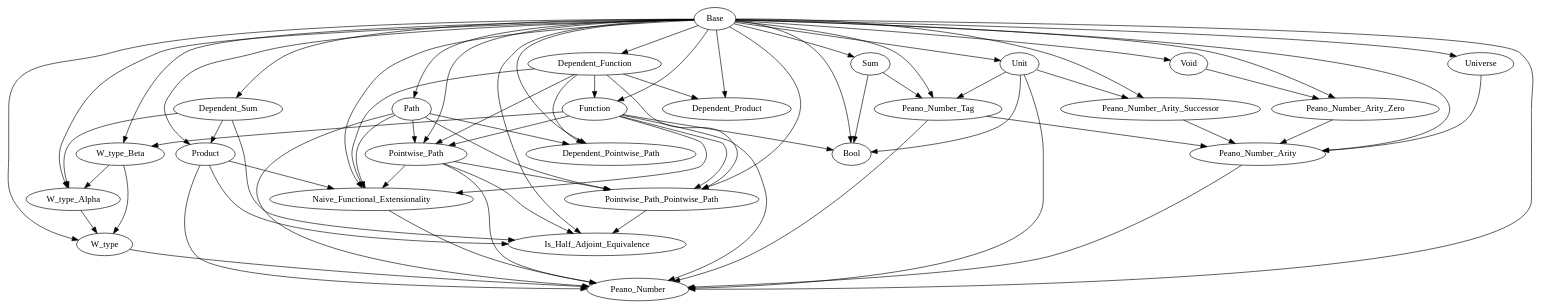
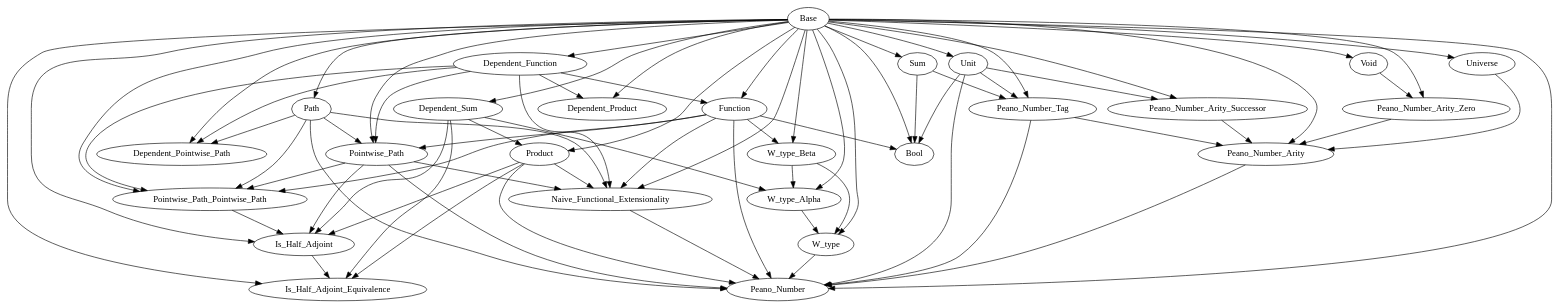
One commit to Hexirp/googology-in-coq changed the diagram in libraries/dependencies.gv. Above: the diagram before and after it, drawn with Graphviz. The commit also changed 4 other files, not shown here.

First line of the commit message:
Add: Is_Half_Adjoint を

```diff
--- a/libraries/dependencies.gv
+++ b/libraries/dependencies.gv
@@ -1,97 +1,102 @@
 digraph Dependencies {
   # Base
   # Dependent_Function
   "Base" -> "Dependent_Function";
   # Function
   "Base" -> "Function";
   "Dependent_Function" -> "Function";
   # Dependent_Product
   "Base" -> "Dependent_Product";
   "Dependent_Function" -> "Dependent_Product";
   # Dependent_Sum
   "Base" -> "Dependent_Sum";
   # Product
   "Base" -> "Product";
   "Dependent_Sum" -> "Product";
   # Sum
   "Base" -> "Sum";
   # Unit
   "Base" -> "Unit";
   # Void
   "Base" -> "Void";
   # W_type_Beta
   "Base" -> "W_type_Beta";
   "Function" -> "W_type_Beta";
   # W_type_Alpha
   "Base" -> "W_type_Alpha";
   "Dependent_Sum" -> "W_type_Alpha";
   "W_type_Beta" -> "W_type_Alpha";
   # W_type
   "Base" -> "W_type";
   "W_type_Alpha" -> "W_type";
   "W_type_Beta" -> "W_type";
   # Universe
   "Base" -> "Universe";
   # Path
   "Base" -> "Path";
   # Dependent_Pointwise_Path
   "Base" -> "Dependent_Pointwise_Path";
   "Dependent_Function" -> "Dependent_Pointwise_Path";
   "Path" -> "Dependent_Pointwise_Path";
   # Pointwise_Path
   "Base" -> "Pointwise_Path";
   "Dependent_Function" -> "Pointwise_Path";
   "Function" -> "Pointwise_Path";
   "Path" -> "Pointwise_Path";
   # Pointwise_Path_Pointwise_Path
   "Base" -> "Pointwise_Path_Pointwise_Path";
   "Dependent_Function" -> "Pointwise_Path_Pointwise_Path";
   "Function" -> "Pointwise_Path_Pointwise_Path";
   "Path" -> "Pointwise_Path_Pointwise_Path";
   "Pointwise_Path" -> "Pointwise_Path_Pointwise_Path";
+  # Is_Half_Adjoint
+  "Base" -> "Is_Half_Adjoint";
+  "Dependent_Sum" -> "Is_Half_Adjoint";
+  "Product" -> "Is_Half_Adjoint";
+  "Pointwise_Path" -> "Is_Half_Adjoint";
+  "Pointwise_Path_Pointwise_Path" -> "Is_Half_Adjoint";
   # Is_Half_Adjoint_Equivalence
   "Base" -> "Is_Half_Adjoint_Equivalence";
   "Dependent_Sum" -> "Is_Half_Adjoint_Equivalence";
   "Product" -> "Is_Half_Adjoint_Equivalence";
-  "Pointwise_Path" -> "Is_Half_Adjoint_Equivalence";
-  "Pointwise_Path_Pointwise_Path" -> "Is_Half_Adjoint_Equivalence";
+  "Is_Half_Adjoint" -> "Is_Half_Adjoint_Equivalence";
   # Naive_Functional_Extensionality
   "Base" -> "Naive_Functional_Extensionality";
   "Dependent_Function" -> "Naive_Functional_Extensionality";
   "Function" -> "Naive_Functional_Extensionality";
   "Product" -> "Naive_Functional_Extensionality";
   "Path" -> "Naive_Functional_Extensionality";
   "Pointwise_Path" -> "Naive_Functional_Extensionality";
   # Bool
   "Base" -> "Bool";
   "Function" -> "Bool";
   "Sum" -> "Bool";
   "Unit" -> "Bool";
   # Peano_Number_Tag
   "Base" -> "Peano_Number_Tag";
   "Sum" -> "Peano_Number_Tag";
   "Unit" -> "Peano_Number_Tag";
   # Peano_Number_Arity_Zero
   "Base" -> "Peano_Number_Arity_Zero";
   "Void" -> "Peano_Number_Arity_Zero";
   # Peano_Number_Arity_Successor
   "Base" -> "Peano_Number_Arity_Successor";
   "Unit" -> "Peano_Number_Arity_Successor";
   # Peano_Number_Arity
   "Base" -> "Peano_Number_Arity";
   "Universe" -> "Peano_Number_Arity";
   "Peano_Number_Tag" -> "Peano_Number_Arity";
   "Peano_Number_Arity_Zero" -> "Peano_Number_Arity";
   "Peano_Number_Arity_Successor" -> "Peano_Number_Arity";
   # Peano_Number
   "Base" -> "Peano_Number";
   "Function" -> "Peano_Number";
   "Product" -> "Peano_Number";
   "Unit" -> "Peano_Number";
   "W_type" -> "Peano_Number";
   "Path" -> "Peano_Number";
   "Pointwise_Path" -> "Peano_Number";
   "Naive_Functional_Extensionality" -> "Peano_Number";
   "Peano_Number_Tag" -> "Peano_Number";
   "Peano_Number_Arity" -> "Peano_Number";
 }
```
